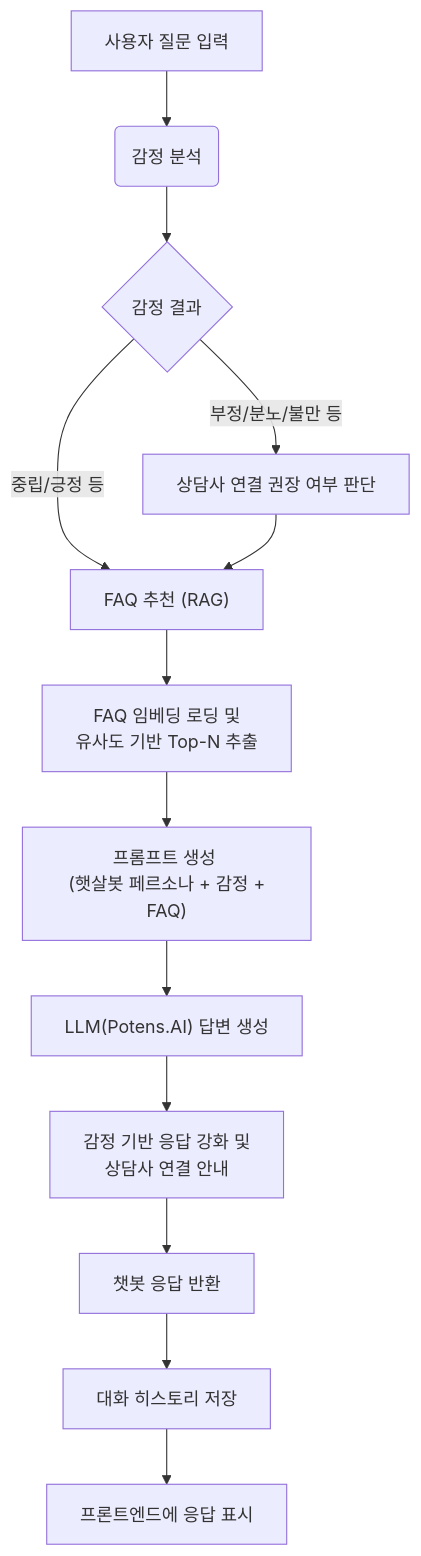
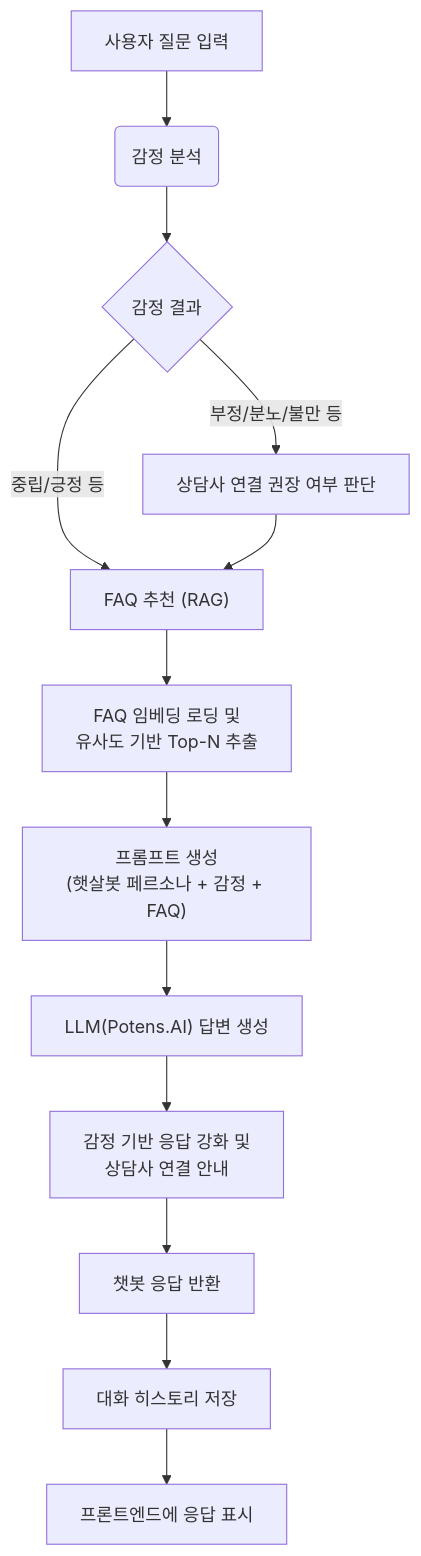
Before and after one commit to tearslunar/chatbot: the diagram in README.md, drawn with Mermaid.

````diff
--- a/README.md
+++ b/README.md
@@ -5,30 +5,30 @@
 ```mermaid
 flowchart TD
     %% 1. 노드(상자)들을 각각 한 줄에 하나씩 정의합니다.
     A[사용자 질문 입력]
     B(감정 분석)
     C{감정 결과}
     D[상담사 연결 권장 여부 판단]
     E["FAQ 추천 (RAG)"]
-    F[FAQ 임베딩 로딩 및 \n 유사도 기반 Top-N 추출]
-    G["프롬프트 생성 \n (햇살봇 페르소나 + 감정 + FAQ)"]
+    F[FAQ 임베딩 로딩 및<br>유사도 기반 Top-N 추출]
+    G["프롬프트 생성\n(햇살봇 페르소나 + 감정 + FAQ)"]
     H["LLM(Potens.AI) 답변 생성"]
-    I[감정 기반 응답 강화 및 \n 상담사 연결 안내]
+    I[감정 기반 응답 강화 및\n상담사 연결 안내]
     J[챗봇 응답 반환]
     K[대화 히스토리 저장]
     L[프론트엔드에 응답 표시]
 
     %% 2. 정의된 노드들을 화살표로 연결합니다.
     A --> B
     B --> C
     C -- "부정/분노/불만 등" --> D
     C -- "중립/긍정 등" --> E
     D --> E
     E --> F
     F --> G
     G --> H
     H --> I
     I --> J
     J --> K
     K --> L
 ```
````
